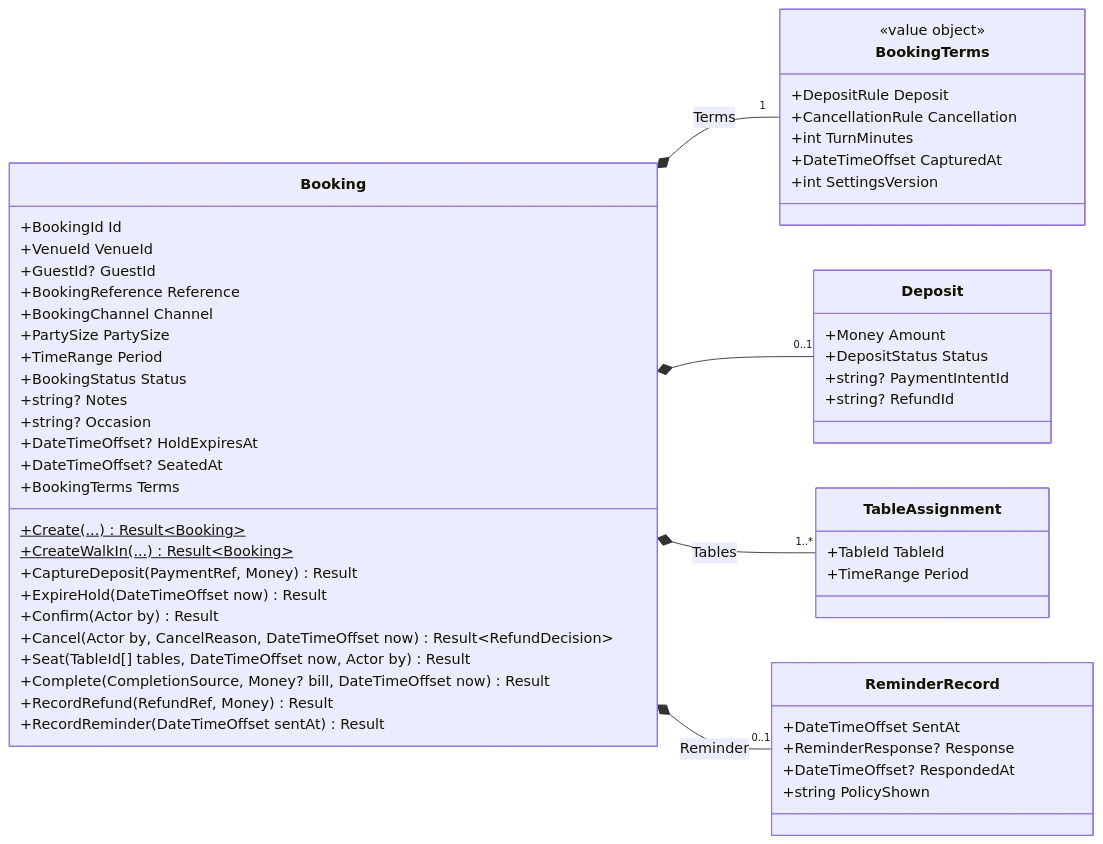
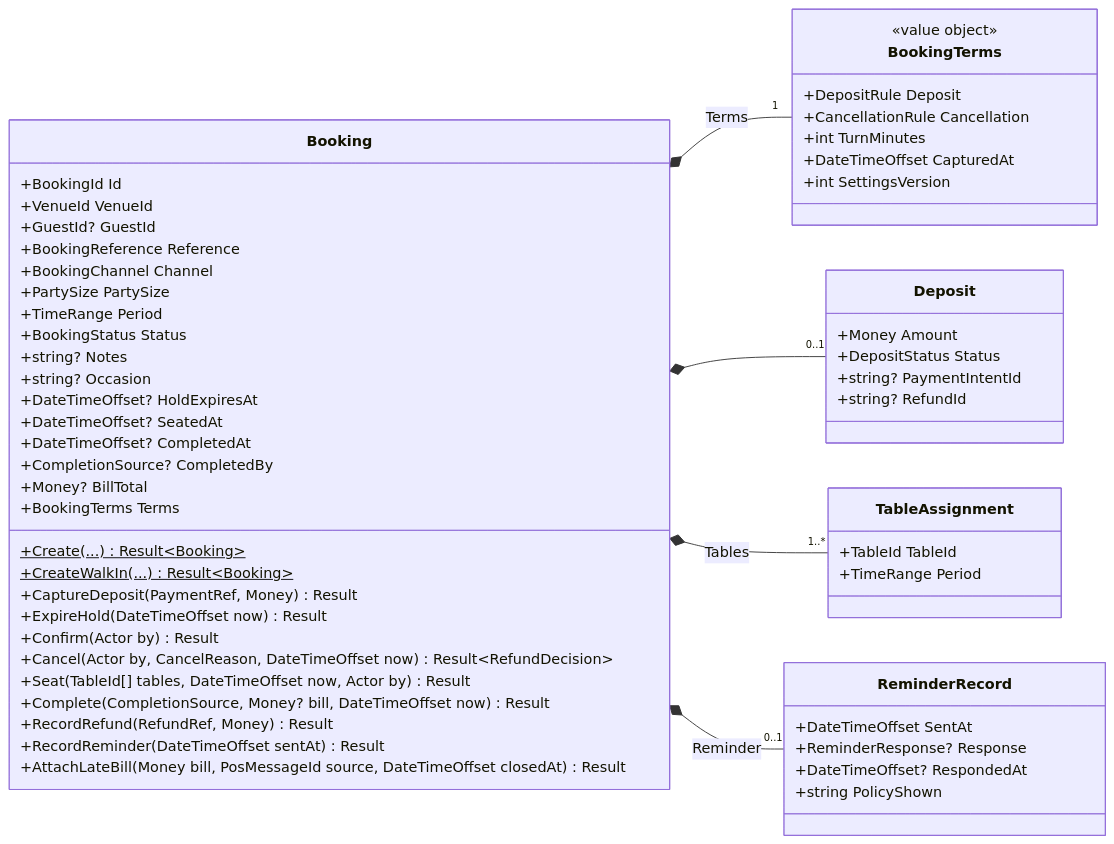
One commit to ring9834/TableReservation changed the third of 26 diagrams in docs/Design.md. Above: the diagram before and after it, drawn with Mermaid. The commit also changed other lines of this file, not shown here.

First line of the commit message:
docs(design): add late-match rule for POS bills after a host clears a table

````diff
--- a/docs/Design.md
+++ b/docs/Design.md
@@ -168,57 +178,61 @@
 ```mermaid
 classDiagram
     direction LR
     class Booking {
         +BookingId Id
         +VenueId VenueId
         +GuestId? GuestId
         +BookingReference Reference
         +BookingChannel Channel
         +PartySize PartySize
         +TimeRange Period
         +BookingStatus Status
         +string? Notes
         +string? Occasion
         +DateTimeOffset? HoldExpiresAt
         +DateTimeOffset? SeatedAt
+        +DateTimeOffset? CompletedAt
+        +CompletionSource? CompletedBy
+        +Money? BillTotal
         +BookingTerms Terms
         +Create(...)$ Result~Booking~
         +CreateWalkIn(...)$ Result~Booking~
         +CaptureDeposit(PaymentRef, Money) Result
         +ExpireHold(DateTimeOffset now) Result
         +Confirm(Actor by) Result
         +Cancel(Actor by, CancelReason, DateTimeOffset now) Result~RefundDecision~
         +Seat(TableId[] tables, DateTimeOffset now, Actor by) Result
         +Complete(CompletionSource, Money? bill, DateTimeOffset now) Result
         +RecordRefund(RefundRef, Money) Result
         +RecordReminder(DateTimeOffset sentAt) Result
+        +AttachLateBill(Money bill, PosMessageId source, DateTimeOffset closedAt) Result
     }
     class Deposit {
         +Money Amount
         +DepositStatus Status
         +string? PaymentIntentId
         +string? RefundId
     }
     class TableAssignment {
         +TableId TableId
         +TimeRange Period
     }
     class ReminderRecord {
         +DateTimeOffset SentAt
         +ReminderResponse? Response
         +DateTimeOffset? RespondedAt
         +string PolicyShown
     }
     class BookingTerms {
         <<value object>>
         +DepositRule Deposit
         +CancellationRule Cancellation
         +int TurnMinutes
         +DateTimeOffset CapturedAt
         +int SettingsVersion
     }
     Booking *-- "1" BookingTerms : Terms
     Booking *-- "0..1" Deposit
     Booking *-- "1..*" TableAssignment : Tables
     Booking *-- "0..1" ReminderRecord : Reminder
 ```
````
